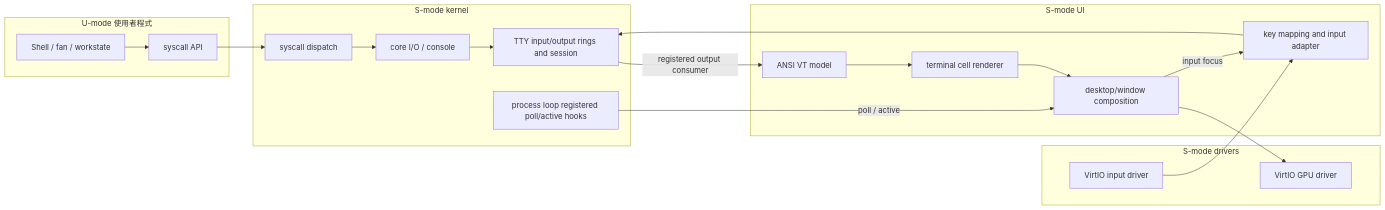
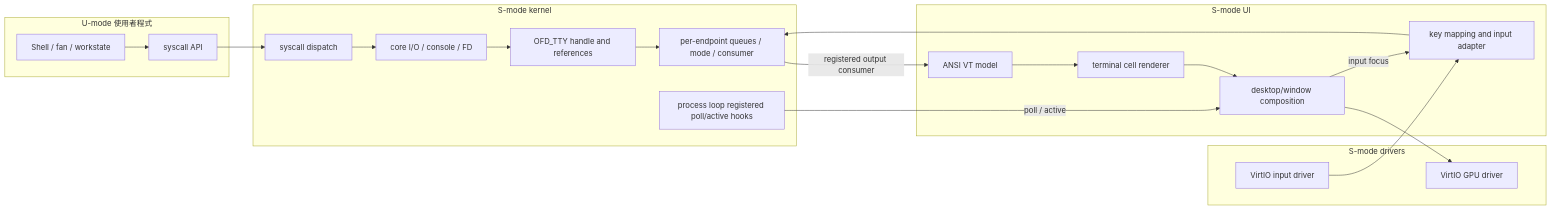
One commit to johnson931128/WUWAOS changed the diagram in docs/CODE_GUIDE.md. Above: the diagram before and after it, drawn with Mermaid. The commit also changed other lines of this file and 16 other files, not shown here.

````diff
--- a/docs/CODE_GUIDE.md
+++ b/docs/CODE_GUIDE.md
@@ -34,30 +34,31 @@
 ```mermaid
 flowchart LR
   subgraph U[U-mode 使用者程式]
     SH[Shell / fan / workstate]
     SC[syscall API]
     SH --> SC
   end
   subgraph K[S-mode kernel]
     SY[syscall dispatch]
-    IO[core I/O / console]
-    TTY[TTY input/output rings and session]
+    IO[core I/O / console / FD]
+    OFD[OFD_TTY handle and references]
+    TTY[per-endpoint queues / mode / consumer]
     EV[process loop registered poll/active hooks]
-    SY --> IO --> TTY
+    SY --> IO --> OFD --> TTY
   end
   subgraph D[S-mode drivers]
     IN[VirtIO input driver]
     GPU[VirtIO GPU driver]
   end
   subgraph UI[S-mode UI]
     MAP[key mapping and input adapter]
     VT[ANSI VT model]
     R[terminal cell renderer]
     WIN[desktop/window composition]
   end
   SC --> SY
   IN --> MAP --> TTY
   TTY -->|registered output consumer| VT --> R --> WIN --> GPU
   WIN -->|input focus| MAP
   EV -->|poll / active| WIN
 ```
````
